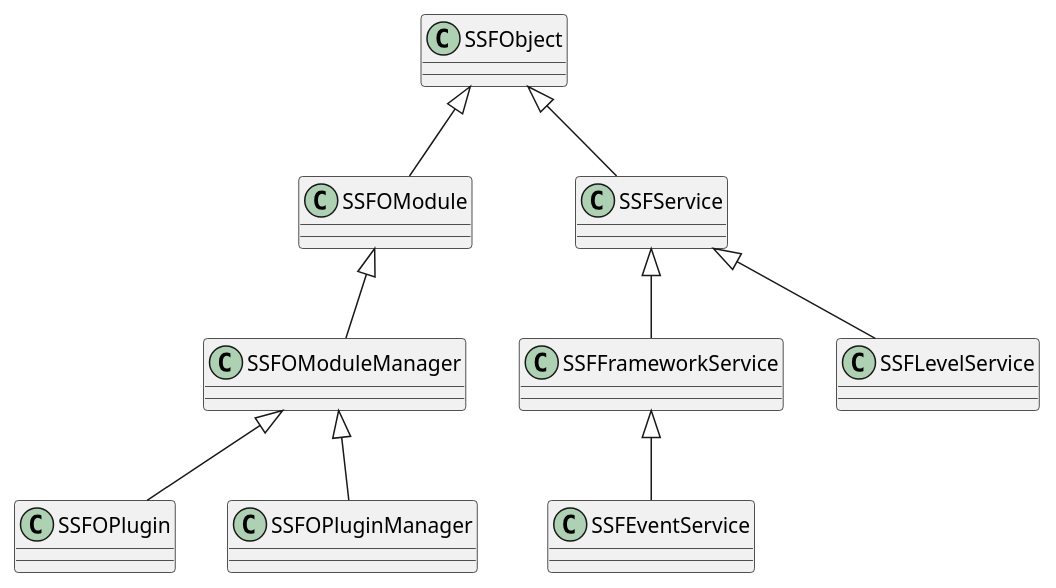
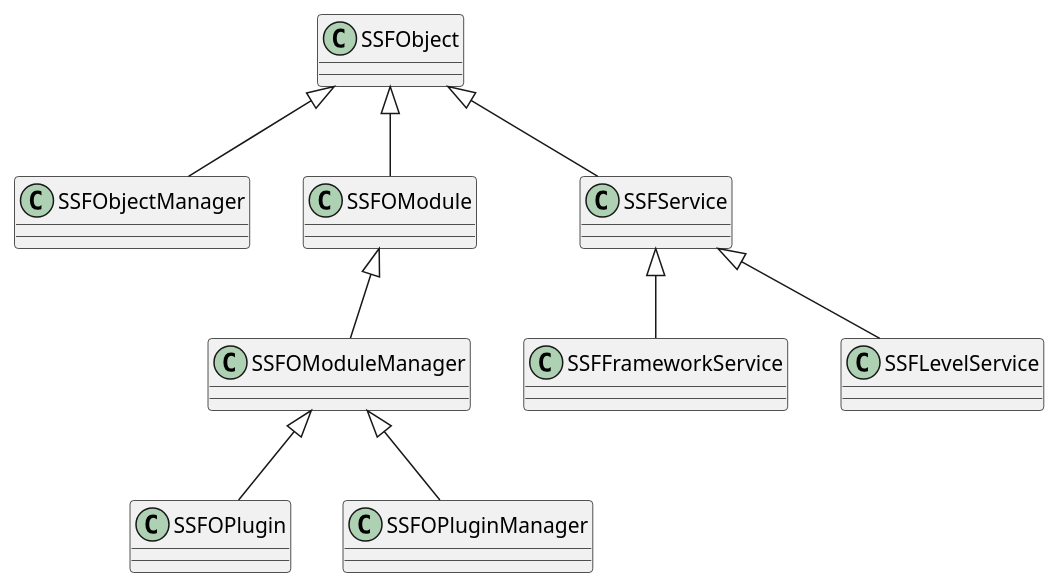
The diagram in SkywalkerServerFramework/SkywalkerServerFramework.plantuml (xcyh410713847/SkywalkerGameServer), drawn with PlantUML before and after one commit. The commit also changed 7 other files, not shown here.

Commit message:
增加 SSFObjectManager

```diff
--- a/SkywalkerServerFramework/SkywalkerServerFramework.plantuml
+++ b/SkywalkerServerFramework/SkywalkerServerFramework.plantuml
@@ -1,58 +1,57 @@
 @startuml SkywalkerServerFramework
 
 class SSFObject
 {
 }
 
 '继承自 SSFObject
+SSFObject <|-- SSFObjectManager
 SSFObject <|-- SSFOModule
 SSFObject <|-- SSFService
+class SSFObjectManager
+{
+
+}
+
 class SSFOModule
 {
 
 }
 
 class SSFService
 {
 
 }
 
 '继承自 SSFOModule
 SSFOModule <|-- SSFOModuleManager
 class SSFOModuleManager
 {
 
 }
 
 '继承自 SSFOModuleManager
 SSFOModuleManager <|-- SSFOPlugin
 SSFOModuleManager <|-- SSFOPluginManager
 class SSFOPlugin
 {
 
 }
 
 class SSFOPluginManager
 {
 
 }
 
 '继承自 SSFOService
 SSFService <|-- SSFFrameworkService
 SSFService <|-- SSFLevelService
 class SSFFrameworkService
 {
 }
 
 class SSFLevelService
 {
 }
 
-'继承自 SSFOFrameworkService
-SSFFrameworkService <|-- SSFEventService
-class SSFEventService
-{
-
-}
-
 @enduml
```
